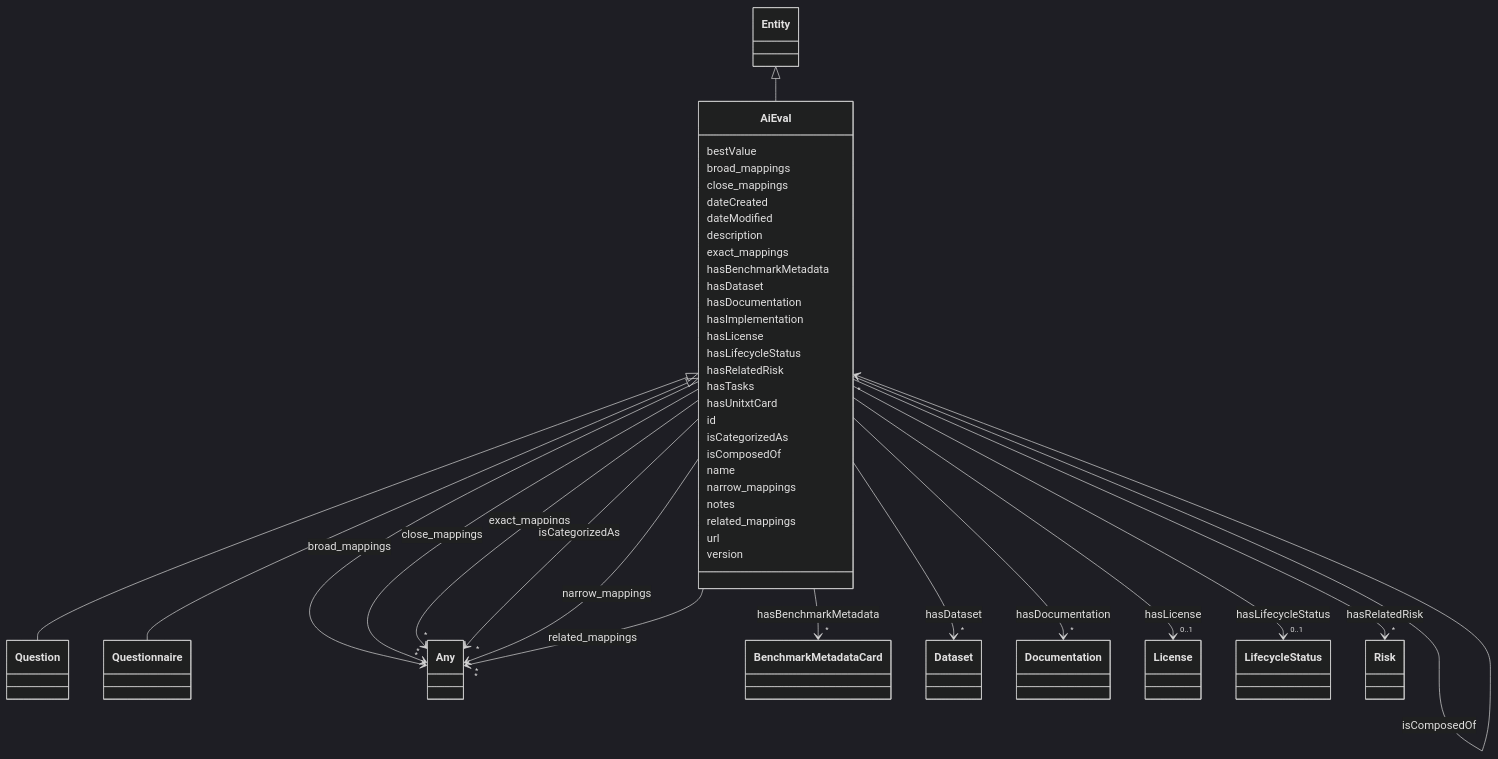
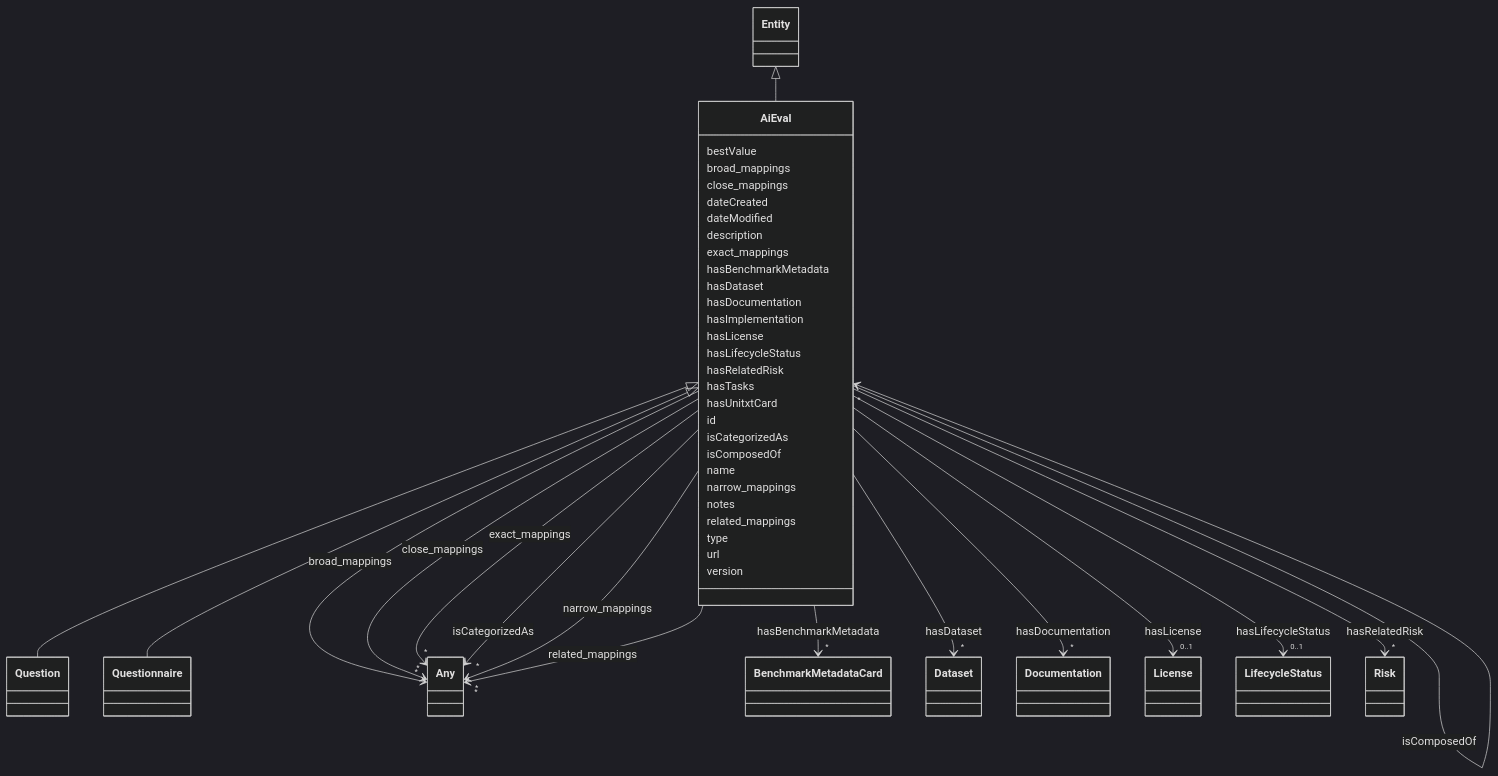
Before and after one commit to IBM/ai-atlas-nexus: the diagram in docs/ontology/AiEval.md, drawn with Mermaid (dark theme). The commit also changed other lines of this file and 151 other files, not shown here.

```diff
--- a/docs/ontology/AiEval.md
+++ b/docs/ontology/AiEval.md
@@ -188,6 +188,8 @@
 
 
 
+      AiEval : type
+
       AiEval : url
 
       AiEval : version
```
